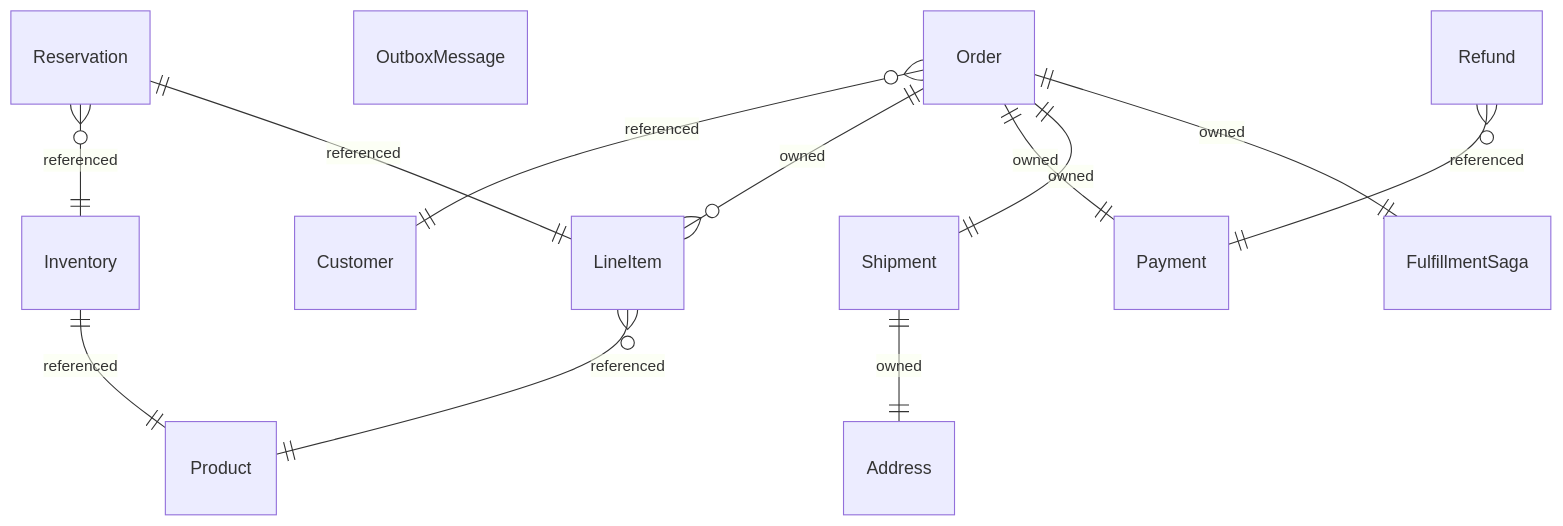
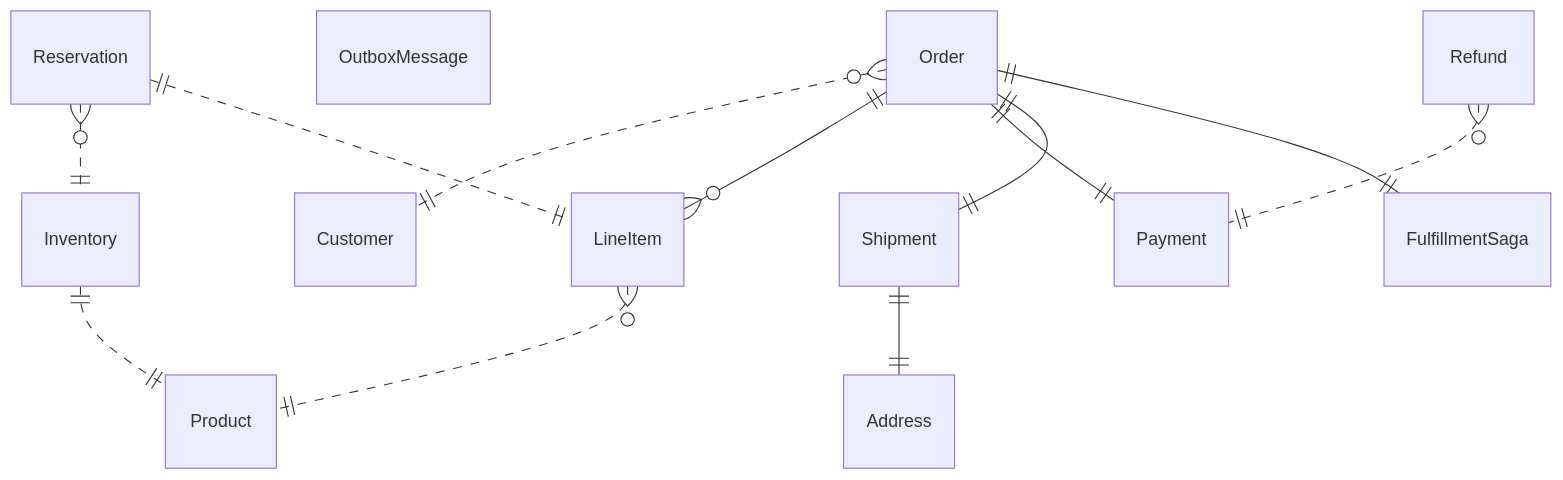
The diagram in examples/fulfillment/design/fulfillment.modelith.md (RamXX/machinery), drawn with Mermaid before and after one commit. The commit also changed 15 other files, not shown here.

````diff
--- a/examples/fulfillment/design/fulfillment.modelith.md
+++ b/examples/fulfillment/design/fulfillment.modelith.md
@@ -372,26 +372,26 @@
 ```mermaid
 erDiagram
     Address {}
     Customer {}
     FulfillmentSaga {}
     Inventory {}
     LineItem {}
     Order {}
     OutboxMessage {}
     Payment {}
     Product {}
     Refund {}
     Reservation {}
     Shipment {}
-    Inventory ||--|| Product : "referenced"
-    LineItem }o--|| Product : "referenced"
-    Order }o--|| Customer : "referenced"
-    Order ||--o{ LineItem : "owned"
-    Order ||--|| Payment : "owned"
-    Order ||--|| Shipment : "owned"
-    Order ||--|| FulfillmentSaga : "owned"
-    Refund }o--|| Payment : "referenced"
-    Reservation }o--|| Inventory : "referenced"
-    Reservation ||--|| LineItem : "referenced"
-    Shipment ||--|| Address : "owned"
+    Inventory ||..|| Product : ""
+    LineItem }o..|| Product : ""
+    Order }o..|| Customer : ""
+    Order ||--o{ LineItem : ""
+    Order ||--|| Payment : ""
+    Order ||--|| Shipment : ""
+    Order ||--|| FulfillmentSaga : ""
+    Refund }o..|| Payment : ""
+    Reservation }o..|| Inventory : ""
+    Reservation ||..|| LineItem : ""
+    Shipment ||--|| Address : ""
 ```
````
